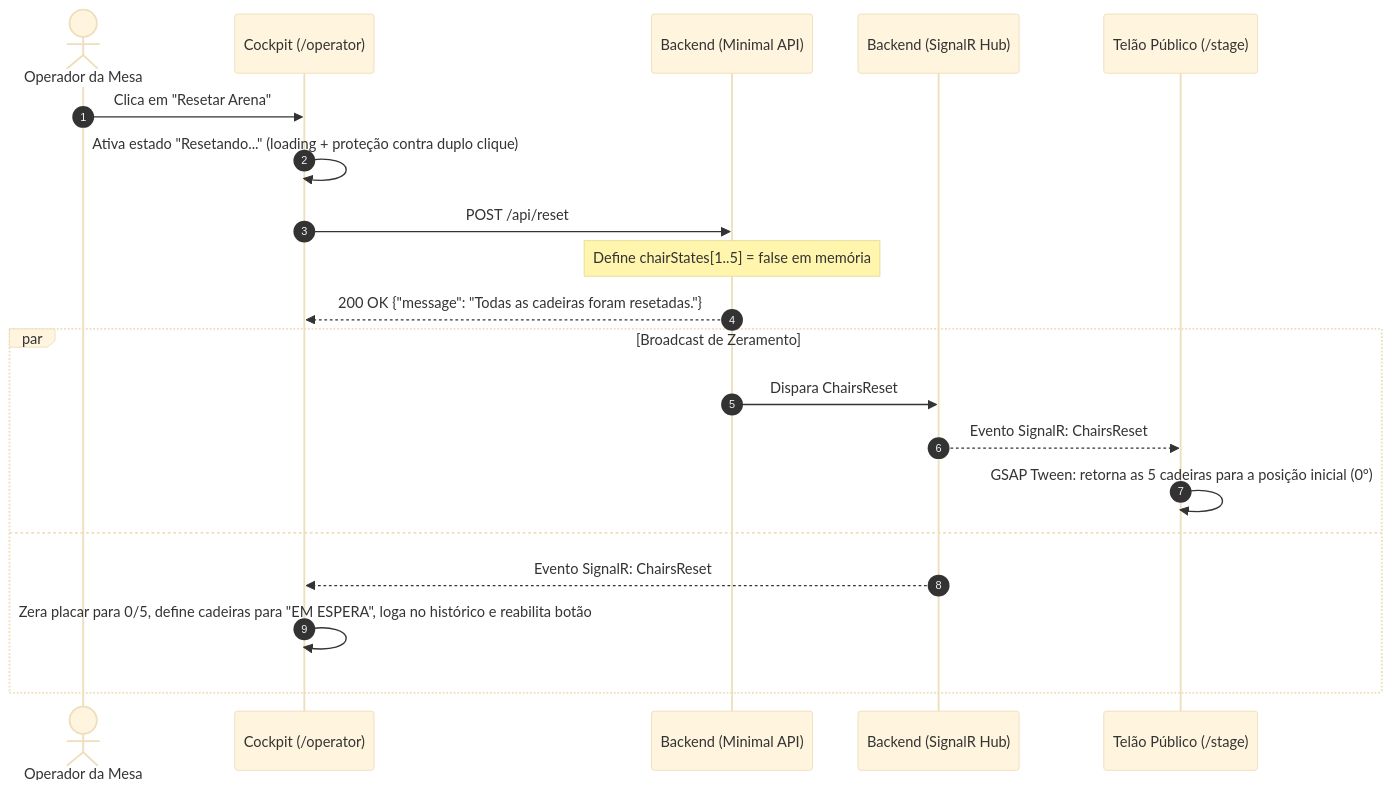
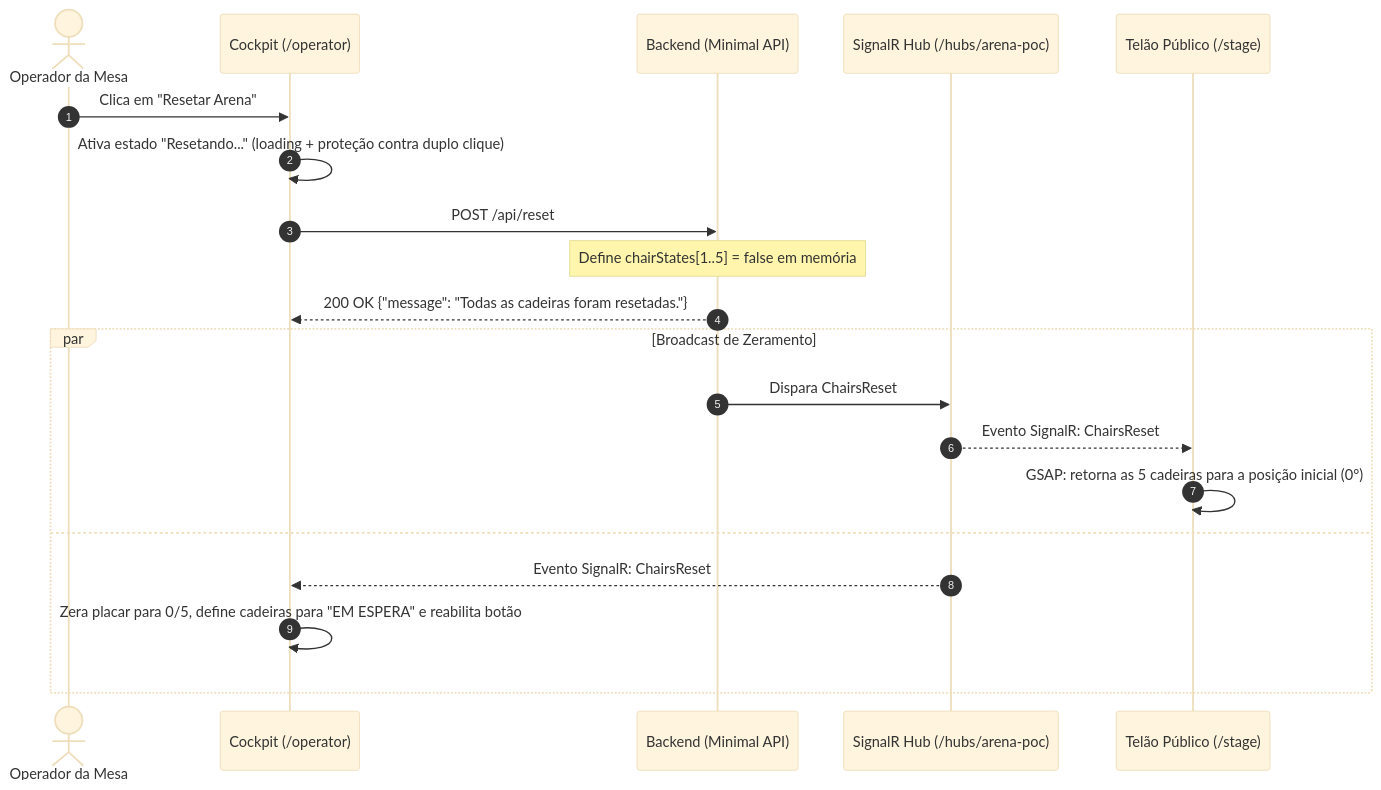
One commit to andregodoyro/arena-voice-poc changed the fourth of 5 diagrams in docs/architecture.md. Above: the diagram before and after it, drawn with Mermaid (base theme). The commit also changed other lines of this file and 5 other files, not shown here.

````diff
--- a/docs/architecture.md
+++ b/docs/architecture.md
@@ -87,25 +221,25 @@
 ```mermaid
 sequenceDiagram
     autonumber
     actor Operador as Operador da Mesa
     participant OP as Cockpit (/operator)
     participant API as Backend (Minimal API)
-    participant Hub as Backend (SignalR Hub)
+    participant Hub as SignalR Hub (/hubs/arena-poc)
     participant Stage as Telão Público (/stage)
 
     Operador->>OP: Clica em "Resetar Arena"
     OP->>OP: Ativa estado "Resetando..." (loading + proteção contra duplo clique)
     OP->>API: POST /api/reset
     
     Note over API: Define chairStates[1..5] = false em memória
     API-->>OP: 200 OK {"message": "Todas as cadeiras foram resetadas."}
 
     par Broadcast de Zeramento
         API->>Hub: Dispara ChairsReset
         Hub-->>Stage: Evento SignalR: ChairsReset
-        Stage->>Stage: GSAP Tween: retorna as 5 cadeiras para a posição inicial (0°)
+        Stage->>Stage: GSAP: retorna as 5 cadeiras para a posição inicial (0°)
     and
         Hub-->>OP: Evento SignalR: ChairsReset
-        OP->>OP: Zera placar para 0/5, define cadeiras para "EM ESPERA", loga no histórico e reabilita botão
+        OP->>OP: Zera placar para 0/5, define cadeiras para "EM ESPERA" e reabilita botão
     end
 ```
````
